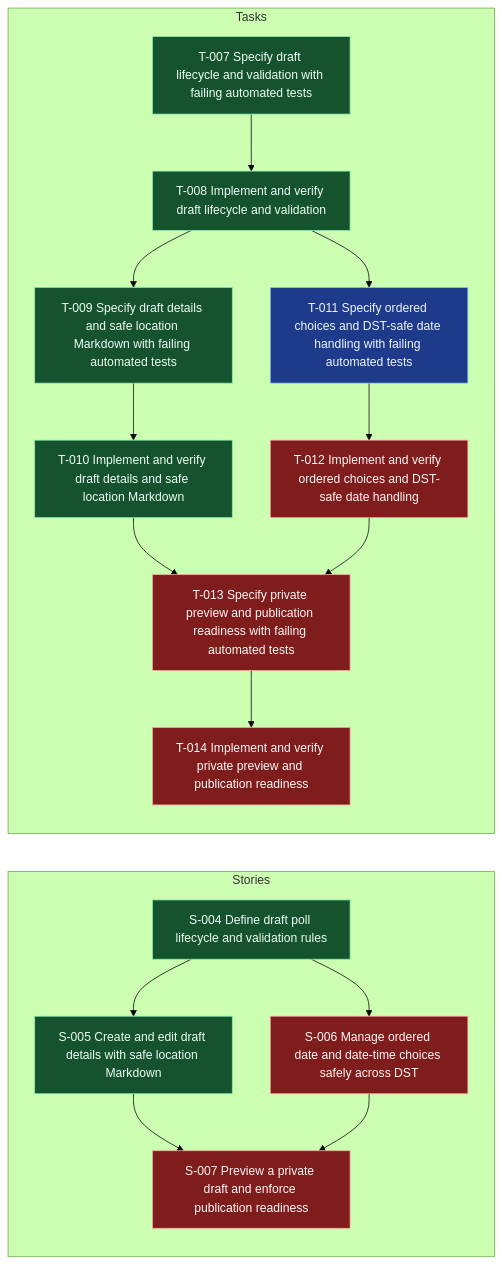
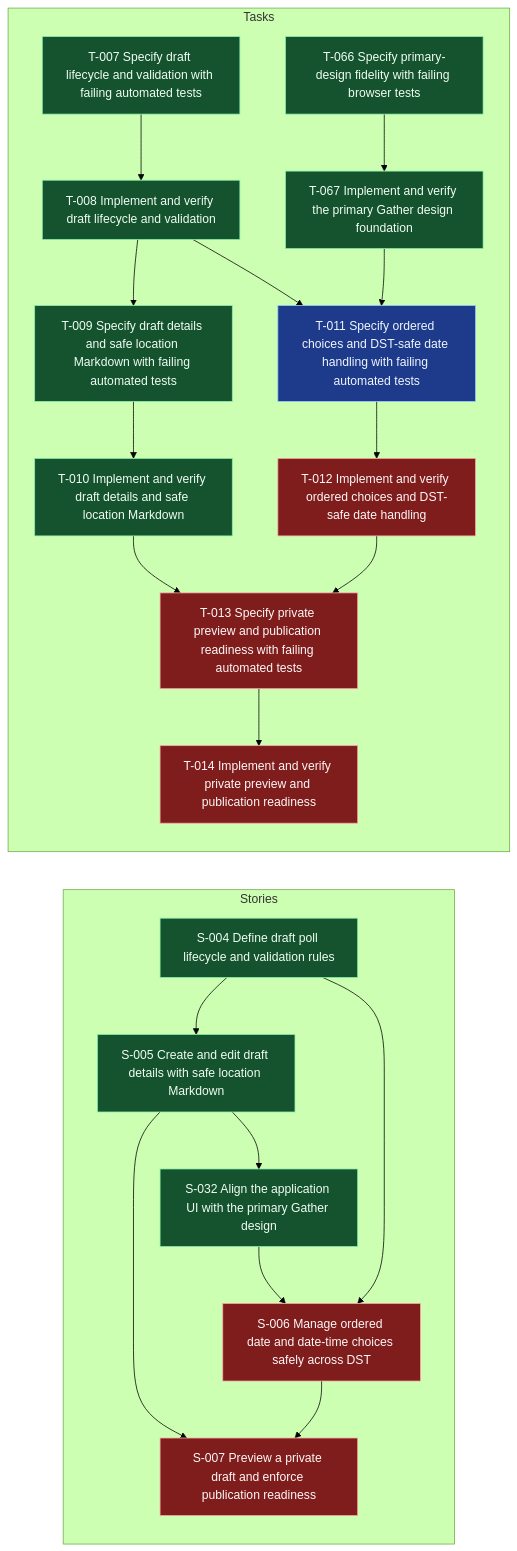
Before and after one commit to andybalham/invite-agent: the diagram in .worktracker/graphs/E-002.mmd, drawn with Mermaid (forest theme). The commit also changed 39 other files, not shown here.

First line of the commit message:
feat: Align application UI with primary Gather design

```diff
--- a/.worktracker/graphs/E-002.mmd
+++ b/.worktracker/graphs/E-002.mmd
@@ -1,46 +1,56 @@
 graph LR
   classDef done fill:#14532d,stroke:#86efac,color:#f0fdf4;
   classDef blocked fill:#7f1d1d,stroke:#fca5a5,color:#fff7f7;
   classDef inprogress fill:#78350f,stroke:#fbbf24,color:#fffbeb;
   classDef todo fill:#1e3a8a,stroke:#93c5fd,color:#eff6ff;
   classDef empty fill:#374151,stroke:#d1d5db,color:#f9fafb,stroke-dasharray: 3 3;
   subgraph Stories
     S004["S-004 Define draft poll lifecycle and validation rules"]:::done
     S005["S-005 Create and edit draft details with safe location Markdown"]:::done
     S006["S-006 Manage ordered date and date-time choices safely across DST"]:::blocked
     S007["S-007 Preview a private draft and enforce publication readiness"]:::blocked
+    S032["S-032 Align the application UI with the primary Gather design"]:::done
     S004 --> S005
     S004 --> S006
     S005 --> S007
+    S005 --> S032
     S006 --> S007
+    S032 --> S006
   end
   subgraph Tasks
     T007["T-007 Specify draft lifecycle and validation with failing automated tests"]:::done
     T008["T-008 Implement and verify draft lifecycle and validation"]:::done
     T009["T-009 Specify draft details and safe location Markdown with failing automated tests"]:::done
     T010["T-010 Implement and verify draft details and safe location Markdown"]:::done
     T011["T-011 Specify ordered choices and DST-safe date handling with failing automated tests"]:::todo
     T012["T-012 Implement and verify ordered choices and DST-safe date handling"]:::blocked
     T013["T-013 Specify private preview and publication readiness with failing automated tests"]:::blocked
     T014["T-014 Implement and verify private preview and publication readiness"]:::blocked
+    T066["T-066 Specify primary-design fidelity with failing browser tests"]:::done
+    T067["T-067 Implement and verify the primary Gather design foundation"]:::done
     T007 --> T008
     T008 --> T009
     T008 --> T011
     T009 --> T010
     T010 --> T013
     T011 --> T012
     T012 --> T013
     T013 --> T014
+    T066 --> T067
+    T067 --> T011
   end
   click S004 "../entities/S-004-define-draft-poll-lifecycle-and-validation-rules.md"
   click S005 "../entities/S-005-create-and-edit-draft-details-with-safe-location-markdown.md"
   click S006 "../entities/S-006-manage-ordered-date-and-date-time-choices-safely-across-dst.md"
   click S007 "../entities/S-007-preview-a-private-draft-and-enforce-publication-readiness.md"
+  click S032 "../entities/S-032-align-the-application-ui-with-the-primary-gather-design.md"
   click T007 "../entities/T-007-specify-draft-lifecycle-and-validation-with-failing-automated-tests.md"
   click T008 "../entities/T-008-implement-and-verify-draft-lifecycle-and-validation.md"
   click T009 "../entities/T-009-specify-draft-details-and-safe-location-markdown-with-failing-automated-tests.md"
   click T010 "../entities/T-010-implement-and-verify-draft-details-and-safe-location-markdown.md"
   click T011 "../entities/T-011-specify-ordered-choices-and-dst-safe-date-handling-with-failing-automated-tests.md"
   click T012 "../entities/T-012-implement-and-verify-ordered-choices-and-dst-safe-date-handling.md"
   click T013 "../entities/T-013-specify-private-preview-and-publication-readiness-with-failing-automated-tests.md"
   click T014 "../entities/T-014-implement-and-verify-private-preview-and-publication-readiness.md"
+  click T066 "../entities/T-066-specify-primary-design-fidelity-with-failing-browser-tests.md"
+  click T067 "../entities/T-067-implement-and-verify-the-primary-gather-design-foundation.md"
```
